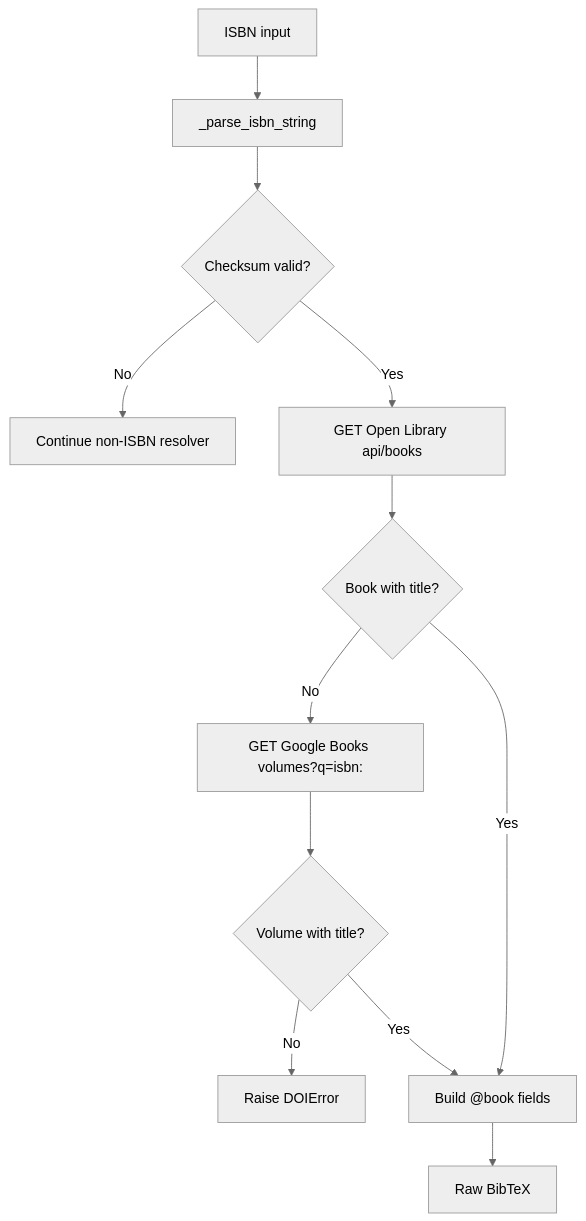
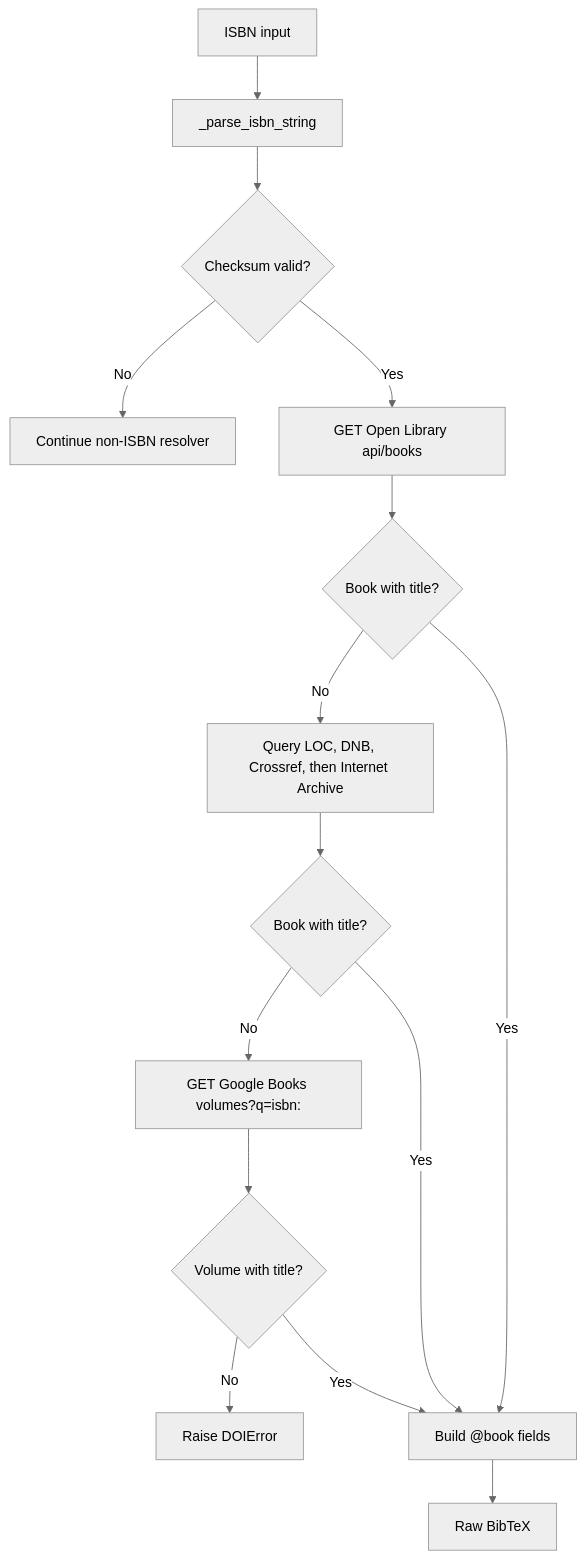
The third of 5 diagrams in docs/ALGORITHM_VISUALS.md (archisman-panigrahi/doi2bib3), drawn with Mermaid (neutral theme) before and after one commit. The commit also changed other lines of this file and 4 other files, not shown here.

````diff
--- a/docs/ALGORITHM_VISUALS.md
+++ b/docs/ALGORITHM_VISUALS.md
@@ -89,14 +92,17 @@
 ```mermaid
 flowchart TD
     A[ISBN input] --> B[_parse_isbn_string]
     B --> C{Checksum valid?}
     C -->|No| D[Continue non-ISBN resolver]
     C -->|Yes| E[GET Open Library api/books]
     E --> F{Book with title?}
-    F -->|No| O[GET Google Books volumes?q=isbn:<isbn>]
+    F -->|No| K[Query LOC, DNB, Crossref, then Internet Archive]
+    K --> L{Book with title?}
+    L -->|No| O[GET Google Books volumes?q=isbn:<isbn>]
+    L -->|Yes| H
     O --> P{Volume with title?}
     P -->|No| G[Raise DOIError]
     F -->|Yes| H[Build @book fields]
     P -->|Yes| H
     H --> I[Raw BibTeX]
 ```
````
